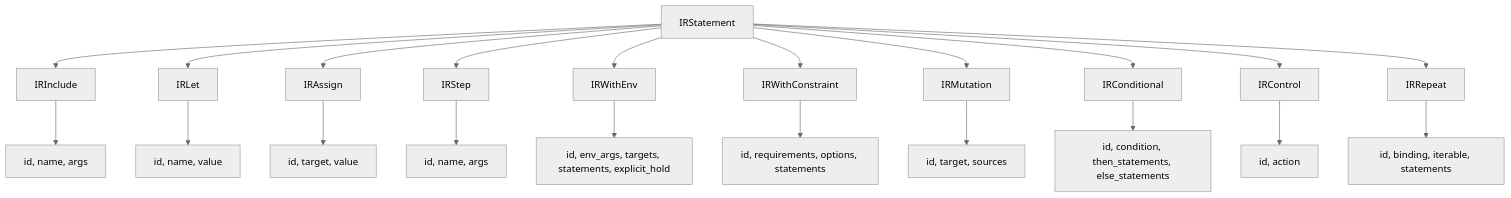
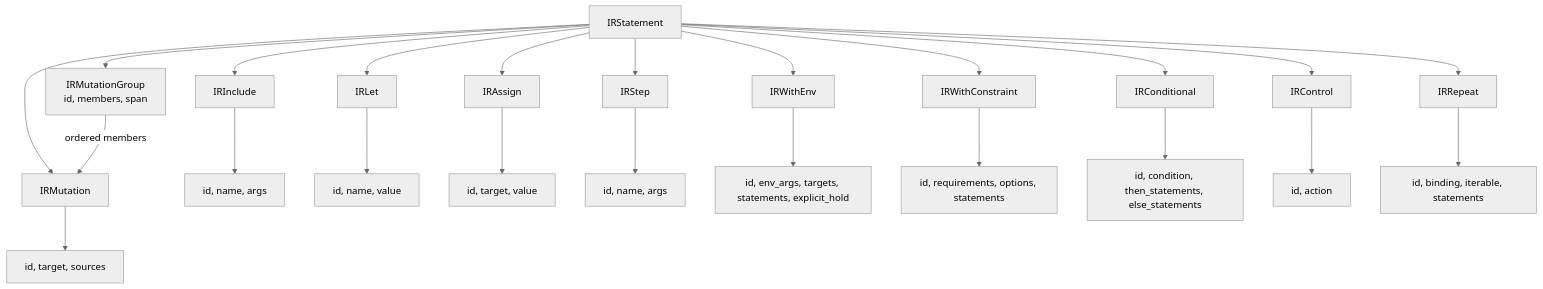
The fourth of 6 diagrams in docs/architecture/pipeline/ir_structure_diagrams.md (culsma/culsma), drawn with Mermaid (neutral theme) before and after one commit. The commit also changed other lines of this file and 24 other files, not shown here.

````diff
--- a/docs/architecture/pipeline/ir_structure_diagrams.md
+++ b/docs/architecture/pipeline/ir_structure_diagrams.md
@@ -93,48 +93,51 @@
 ```mermaid
 flowchart TB
     Statement["IRStatement"]
 
     Include["IRInclude"]
     Let["IRLet"]
     Assign["IRAssign"]
     Step["IRStep"]
     WithEnv["IRWithEnv"]
     WithConstraint["IRWithConstraint"]
     Mutation["IRMutation"]
+    MutationGroup["IRMutationGroup<br/>id, members, span"]
     Conditional["IRConditional"]
     Control["IRControl"]
     Repeat["IRRepeat"]
 
     IncludeFields["id, name, args"]
     LetFields["id, name, value"]
     AssignFields["id, target, value"]
     StepFields["id, name, args"]
     WithEnvFields["id, env_args, targets, statements, explicit_hold"]
     WithConstraintFields["id, requirements, options, statements"]
     MutationFields["id, target, sources"]
     ConditionalFields["id, condition, then_statements, else_statements"]
     ControlFields["id, action"]
     RepeatFields["id, binding, iterable, statements"]
 
     Statement --> Include
     Statement --> Let
     Statement --> Assign
     Statement --> Step
     Statement --> WithEnv
     Statement --> WithConstraint
     Statement --> Mutation
+    Statement --> MutationGroup
+    MutationGroup -->|ordered members| Mutation
     Statement --> Conditional
     Statement --> Control
     Statement --> Repeat
 
     Include --> IncludeFields
     Let --> LetFields
     Assign --> AssignFields
     Step --> StepFields
     WithEnv --> WithEnvFields
     WithConstraint --> WithConstraintFields
     Mutation --> MutationFields
     Conditional --> ConditionalFields
     Control --> ControlFields
     Repeat --> RepeatFields
 ```
````
